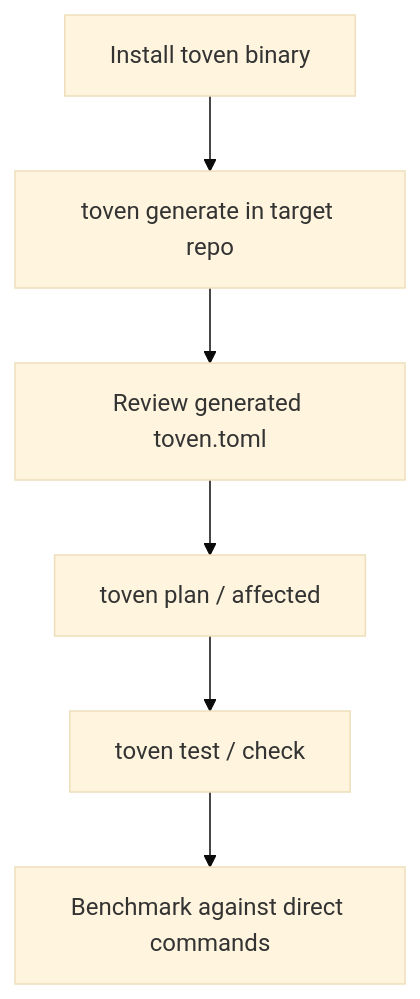
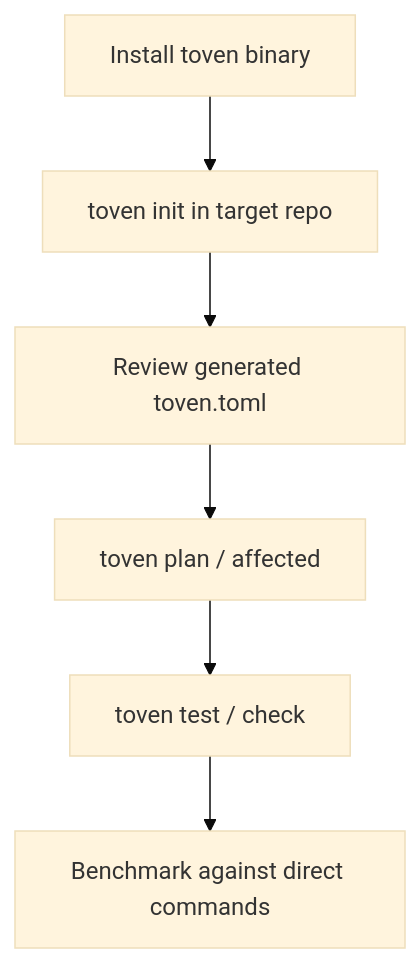
Before and after one commit to kbukum/toven: the fifth of 5 diagrams in docs/scenarios.md, drawn with Mermaid (base theme). The commit also changed other lines of this file and 128 other files, not shown here.

````diff
--- a/docs/scenarios.md
+++ b/docs/scenarios.md
@@ -74,8 +74,8 @@
 ```mermaid
 flowchart TD
-    Install[Install toven binary] --> Generate[toven generate in target repo]
-    Generate --> Review[Review generated toven.toml]
+    Install[Install toven binary] --> Init[toven init in target repo]
+    Init --> Review[Review generated toven.toml]
     Review --> Plan[toven plan / affected]
     Plan --> Run[toven test / check]
     Run --> Bench[Benchmark against direct commands]
 ```
````
